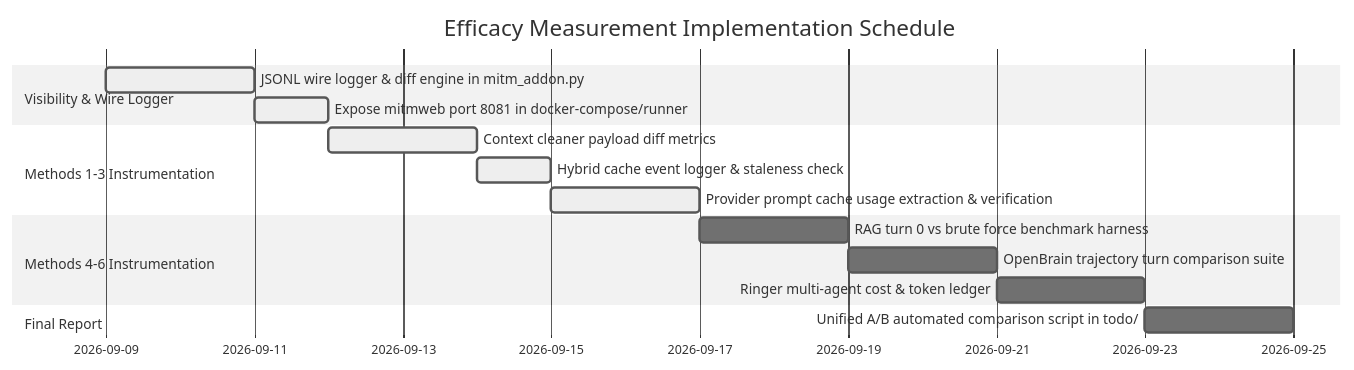
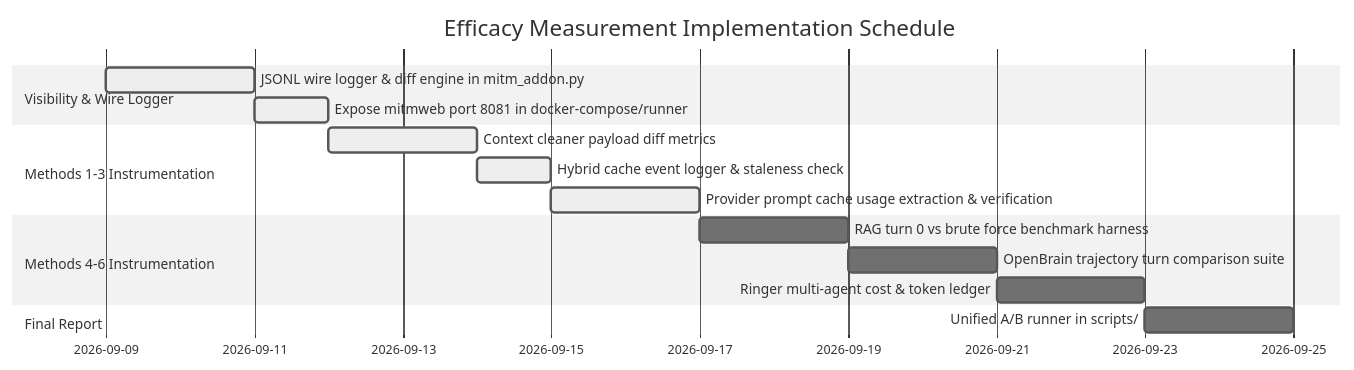
Before and after one commit to Holon-Agentic-Coder/holon-agentic-coder: the second of 2 diagrams in docs/optimisation/token_reduction_measurement_plan.md, drawn with Mermaid (neutral theme). The commit also changed other lines of this file and 8 other files, not shown here.

Commit message:
hygiene: step 2 move A/B runner to scripts/ and retire superseded results

````diff
--- a/docs/optimisation/token_reduction_measurement_plan.md
+++ b/docs/optimisation/token_reduction_measurement_plan.md
@@ -640,18 +640,18 @@
 ```mermaid
 gantt
     title Efficacy Measurement Implementation Schedule
     dateFormat  YYYY-MM-DD
     section Visibility & Wire Logger
     JSONL wire logger & diff engine in mitm_addon.py       :active,  des1, 2026-09-09, 2d
     Expose mitmweb port 8081 in docker-compose/runner     :active,  des2, after des1, 1d
     section Methods 1-3 Instrumentation
     Context cleaner payload diff metrics                  :active,  des3, after des2, 2d
     Hybrid cache event logger & staleness check           :active,  des4, after des3, 1d
     Provider prompt cache usage extraction & verification :active,  des5, after des4, 2d
     section Methods 4-6 Instrumentation
     RAG turn 0 vs brute force benchmark harness           :         des6, after des5, 2d
     OpenBrain trajectory turn comparison suite            :         des7, after des6, 2d
     Ringer multi-agent cost & token ledger                :         des8, after des7, 2d
     section Final Report
-    Unified A/B automated comparison script in todo/      :         des9, after des8, 2d
+    Unified A/B runner in scripts/                        :         des9, after des8, 2d
 ```
````
